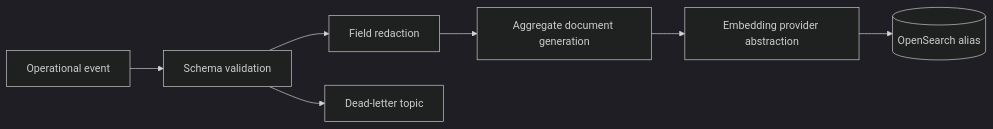
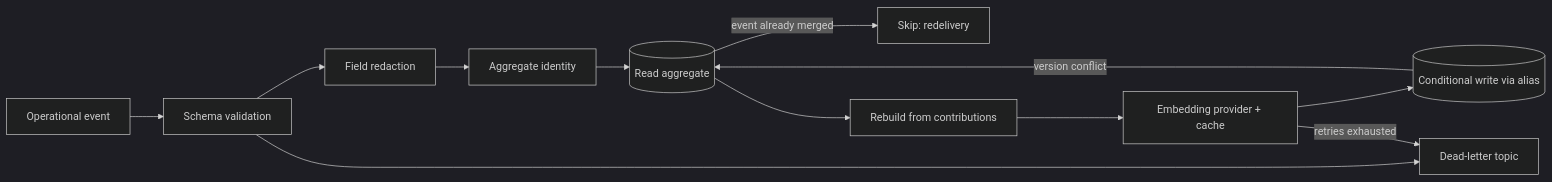
Before and after one commit to VSaliy/semantic-observability-hyperv-lab: the diagram in docs/architecture/semantic-indexing.md, drawn with Mermaid (dark theme). The commit also changed other lines of this file and 18 other files, not shown here.

First line of the commit message:
feat: index aggregate documents instead of one document per event

````diff
--- a/docs/architecture/semantic-indexing.md
+++ b/docs/architecture/semantic-indexing.md
@@ -3,9 +3,14 @@
 ```mermaid
 flowchart LR
   Event[Operational event] --> Validate[Schema validation]
   Validate --> Redact[Field redaction]
-  Redact --> Transform[Aggregate document generation]
-  Transform --> Embed[Embedding provider abstraction]
-  Embed --> Index[(OpenSearch alias)]
+  Redact --> Identity[Aggregate identity]
+  Identity --> Read[(Read aggregate)]
+  Read -->|event already merged| Skip[Skip: redelivery]
+  Read --> Rebuild[Rebuild from contributions]
+  Rebuild --> Embed[Embedding provider + cache]
+  Embed --> Write[(Conditional write via alias)]
+  Write -->|version conflict| Read
   Validate --> DLQ[Dead-letter topic]
+  Embed -->|retries exhausted| DLQ
 ```
````
